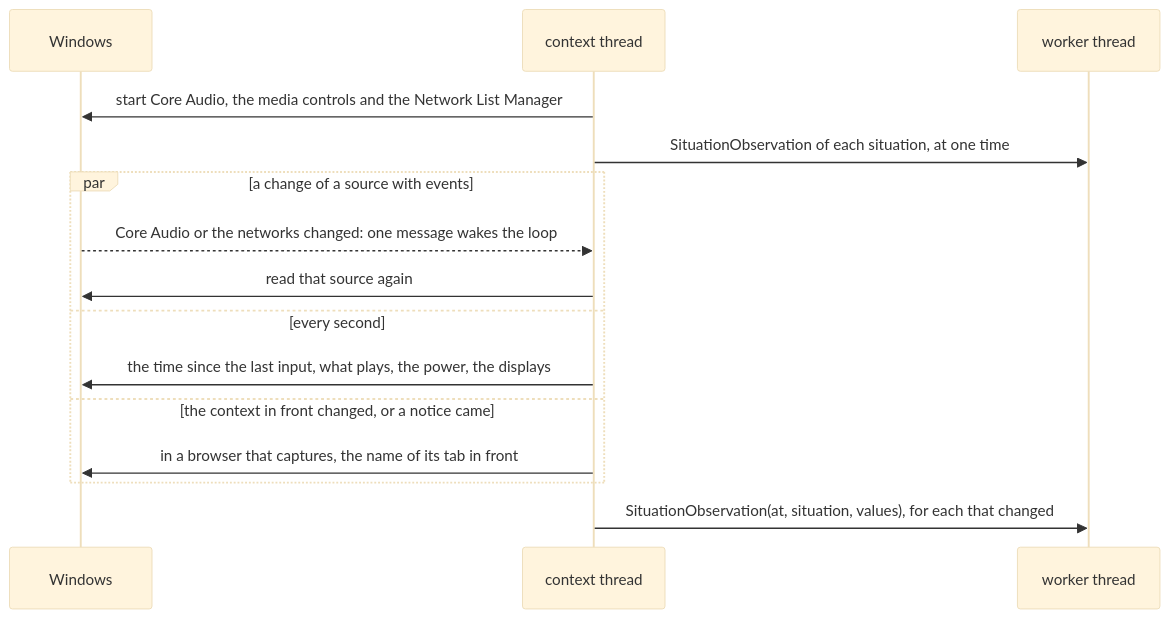
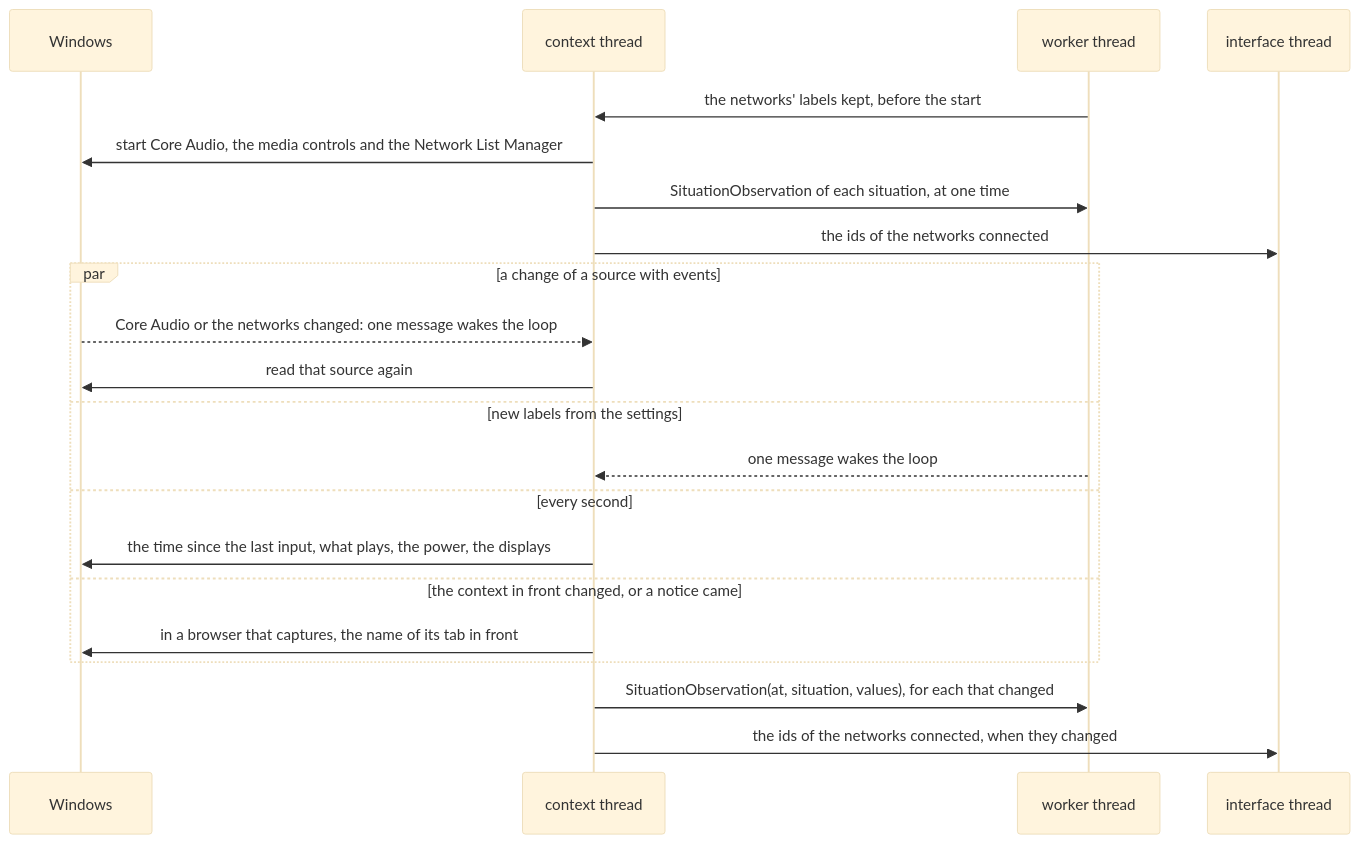
The second of 2 diagrams in docs/design/context.md (devfrx/jiffin), drawn with Mermaid (base theme) before and after one commit. The commit also changed other lines of this file and 63 other files, not shown here.

````diff
--- a/docs/design/context.md
+++ b/docs/design/context.md
@@ -154,18 +154,24 @@
 ```mermaid
 sequenceDiagram
     participant W as Windows
     participant C as context thread
     participant K as worker thread
+    participant I as interface thread
 
+    K->>C: the networks' labels kept, before the start
     C->>W: start Core Audio, the media controls and the Network List Manager
     C->>K: SituationObservation of each situation, at one time
+    C->>I: the ids of the networks connected
     par a change of a source with events
         W-->>C: Core Audio or the networks changed: one message wakes the loop
         C->>W: read that source again
+    and new labels from the settings
+        K-->>C: one message wakes the loop
     and every second
         C->>W: the time since the last input, what plays, the power, the displays
     and the context in front changed, or a notice came
         C->>W: in a browser that captures, the name of its tab in front
     end
     C->>K: SituationObservation(at, situation, values), for each that changed
+    C->>I: the ids of the networks connected, when they changed
 ```
````
